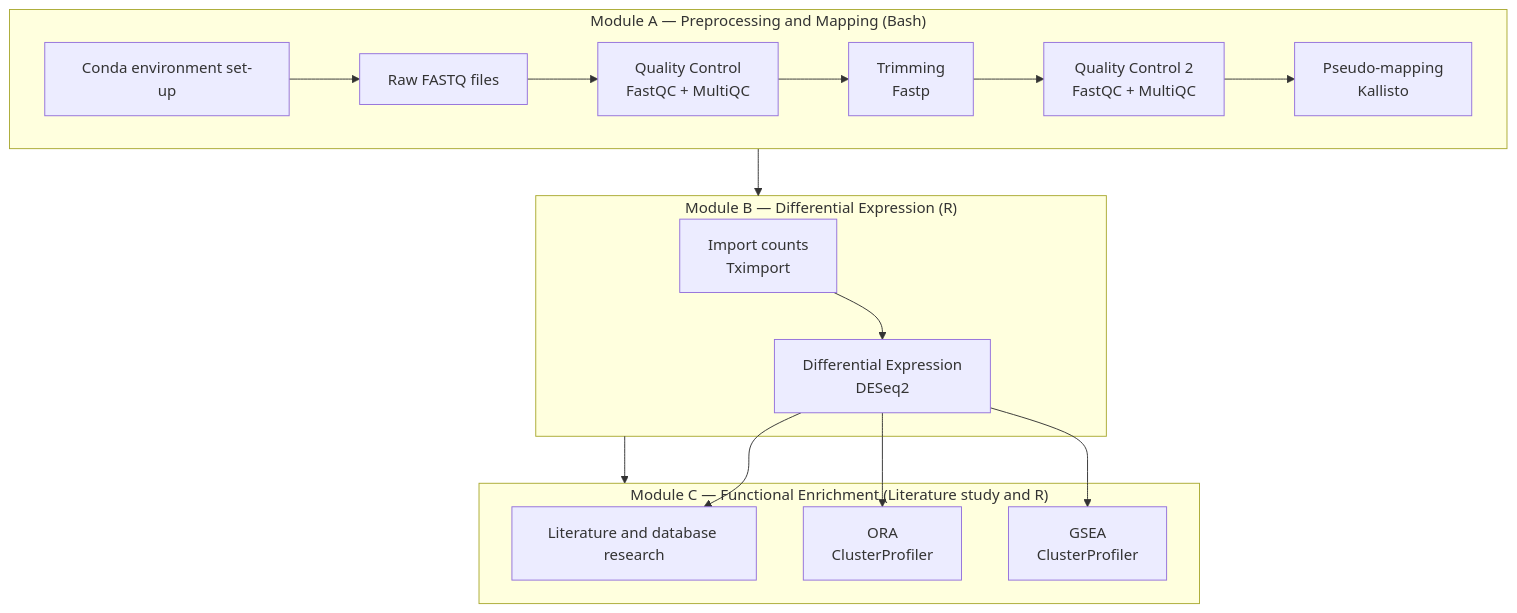
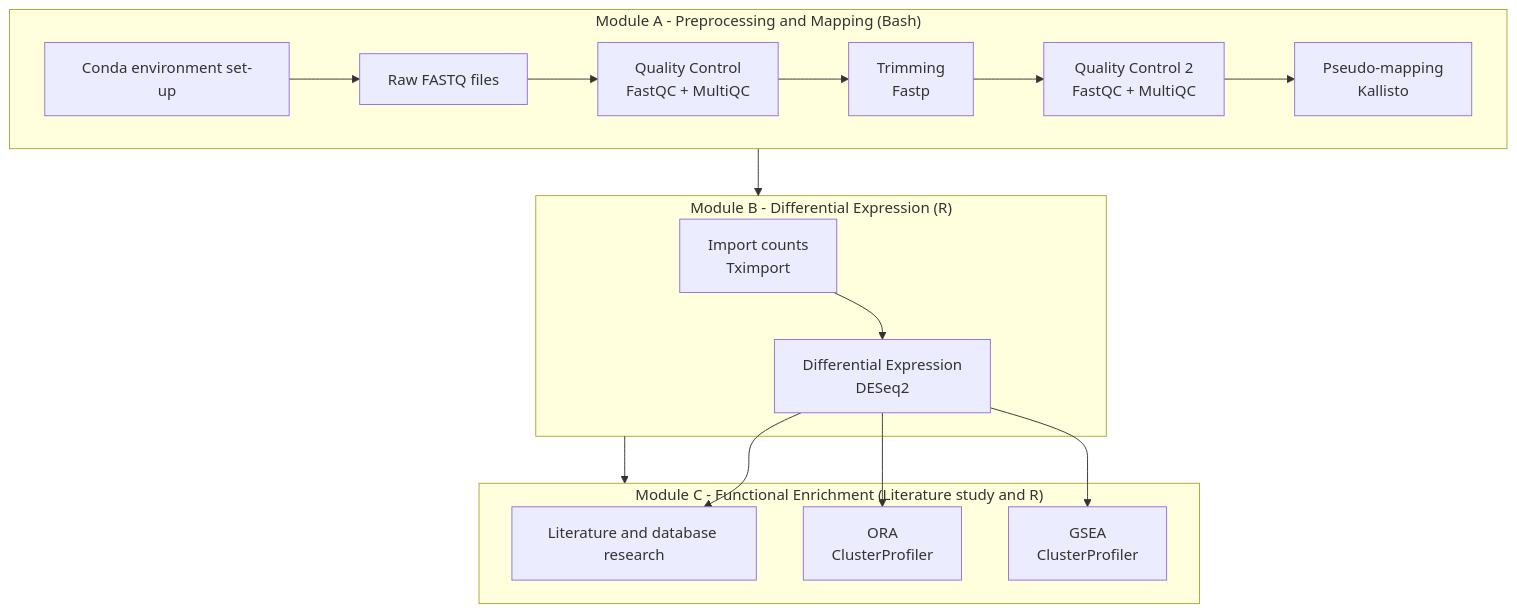
One commit to pierpaolo-cantisani/RNA-Seq-analysis changed the diagram in README.md. Above: the diagram before and after it, drawn with Mermaid.

Commit message:
README.md

````diff
--- a/README.md
+++ b/README.md
@@ -17,26 +17,26 @@
 ```mermaid
 flowchart TD
-    subgraph A["Module A — Preprocessing and Mapping (Bash)"]
+    subgraph A["Module A - Preprocessing and Mapping (Bash)"]
         A1[Conda environment set-up] --> A2[Raw FASTQ files]
         A2 --> A3[Quality Control\nFastQC + MultiQC]
         A3 --> A4[Trimming\nFastp]
         A4 --> A5[Quality Control 2\nFastQC + MultiQC]
         A5 --> A6[Pseudo-mapping\nKallisto]
     end
 
-    subgraph B["Module B — Differential Expression (R)"]
+    subgraph B["Module B - Differential Expression (R)"]
         B1[Import counts\nTximport] --> B2[Differential Expression\nDESeq2]
     end
 
-    subgraph C["Module C — Functional Enrichment (Literature study and R)"]
+    subgraph C["Module C - Functional Enrichment (Literature study and R)"]
         C1[Literature and database research]
         C2[ORA\nClusterProfiler]
         C3[GSEA\nClusterProfiler]
     end
 
     A --> B
     B --> C
     B2 --> C1
     B2 --> C2
     B2 --> C3
 ```
````
